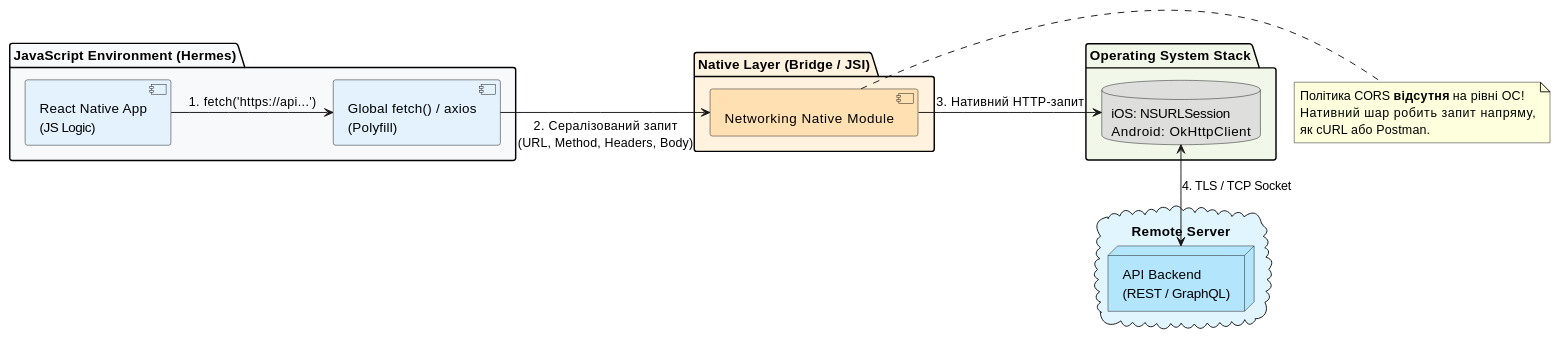
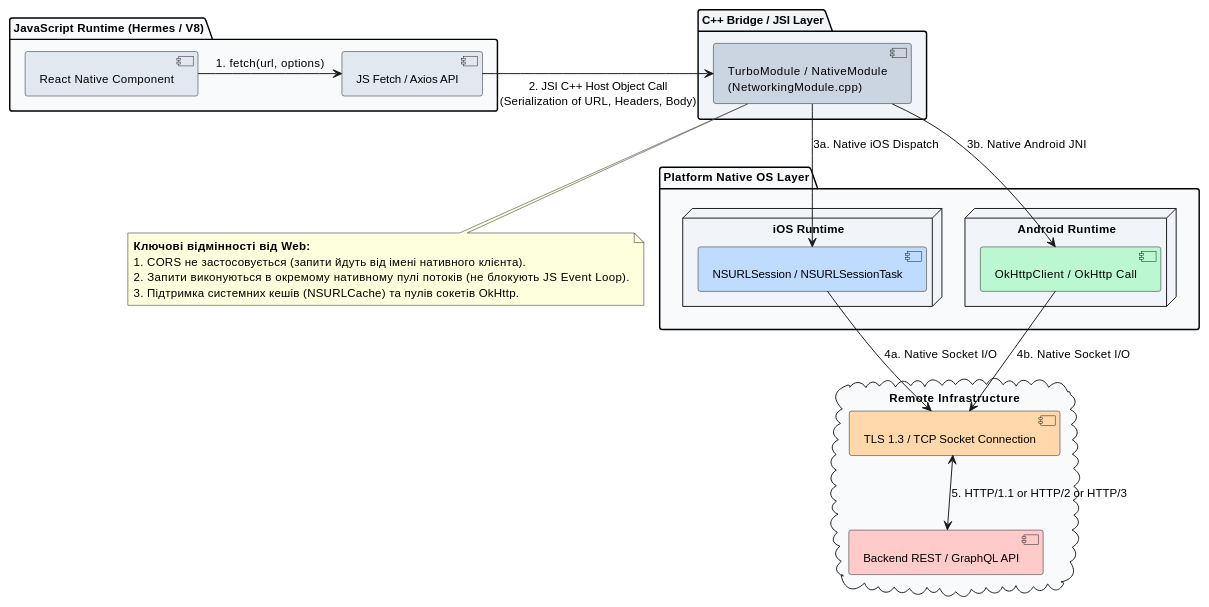
The first of 5 diagrams in content/15.react-native/version2/14.networking-and-app-lifecycle.md (arakviel/kostyl.dev), drawn with PlantUML before and after one commit. The commit also changed other lines of this file and 9 other files, not shown here.

````diff
--- a/content/15.react-native/version2/14.networking-and-app-lifecycle.md
+++ b/content/15.react-native/version2/14.networking-and-app-lifecycle.md
@@ -37,34 +50,46 @@
 ```plantuml
 @startuml
 skinparam style plain
 skinparam backgroundColor #ffffff
+skinparam defaultFontName "Helvetica"
+skinparam defaultFontSize 12
 
-package "JavaScript Environment (Hermes)" #f8f9fa {
-    component "React Native App\n(JS Logic)" as jsApp #e3f2fd
-    component "Global fetch() / axios\n(Polyfill)" as jsFetch #e3f2fd
-    jsApp -> jsFetch : 1. fetch('https://api...')
+package "JavaScript Runtime (Hermes / V8)" #f8fafc {
+    [React Native Component] as UI #e2e8f0
+    [JS Fetch / Axios API] as JSNet #e2e8f0
+    UI -> JSNet : 1. fetch(url, options)
 }
 
-package "Native Layer (Bridge / JSI)" #fff3e0 {
-    component "Networking Native Module" as netModule #ffe0b2
-    jsFetch -> netModule : 2. Сералізований запит\n(URL, Method, Headers, Body)
+package "C++ Bridge / JSI Layer" #f1f5f9 {
+    [TurboModule / NativeModule\n(NetworkingModule.cpp)] as Bridge #cbd5e1
+    JSNet -> Bridge : 2. JSI C++ Host Object Call\n(Serialization of URL, Headers, Body)
 }
 
-package "Operating System Stack" #f1f8e9 {
-    database "iOS: NSURLSession\nAndroid: OkHttpClient" as osNet #dededd
-    netModule -> osNet : 3. Нативний HTTP-запит
+package "Platform Native OS Layer" #f8fafc {
+    node "iOS Runtime" #f1f5f9 {
+        [NSURLSession / NSURLSessionTask] as iOSNet #bfdbfe
+    }
+    node "Android Runtime" #f1f5f9 {
+        [OkHttpClient / OkHttp Call] as DroidNet #bbf7d0
+    }
+    Bridge --> iOSNet : 3a. Native iOS Dispatch
+    Bridge --> DroidNet : 3b. Native Android JNI
 }
 
-cloud "Remote Server" #e1f5fe {
-    node "API Backend\n(REST / GraphQL)" as api #b3e5fc
-    osNet <--> api : 4. TLS / TCP Socket
+cloud "Remote Infrastructure" #f8fafc {
+    [TLS 1.3 / TCP Socket Connection] as Socket #fed7aa
+    [Backend REST / GraphQL API] as Server #fecaca
+    iOSNet --> Socket : 4a. Native Socket I/O
+    DroidNet --> Socket : 4b. Native Socket I/O
+    Socket <--> Server : 5. HTTP/1.1 or HTTP/2 or HTTP/3
 }
 
-note right of netModule
-  Політика CORS **відсутня** на рівні ОС!
-  Нативний шар робить запит напряму,
-  як cURL або Postman.
+note bottom of Bridge
+  **Ключові відмінності від Web:**
+  1. CORS не застосовується (запити йдуть від імені нативного клієнта).
+  2. Запити виконуються в окремому нативному пулі потоків (не блокують JS Event Loop).
+  3. Підтримка системних кешів (NSURLCache) та пулів сокетів OkHttp.
 end note
 
 @enduml
 ```
````
